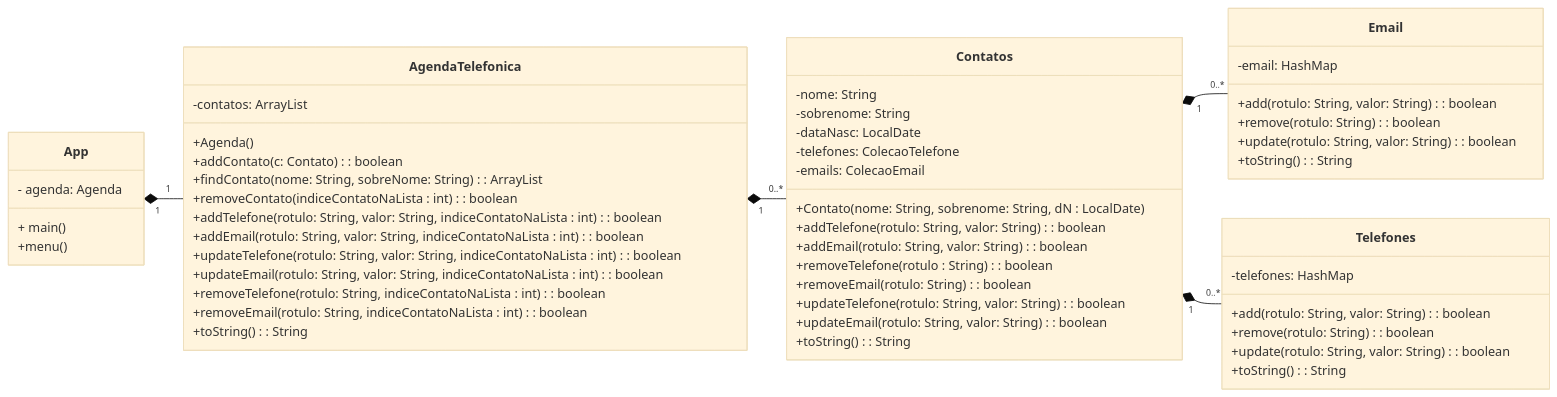
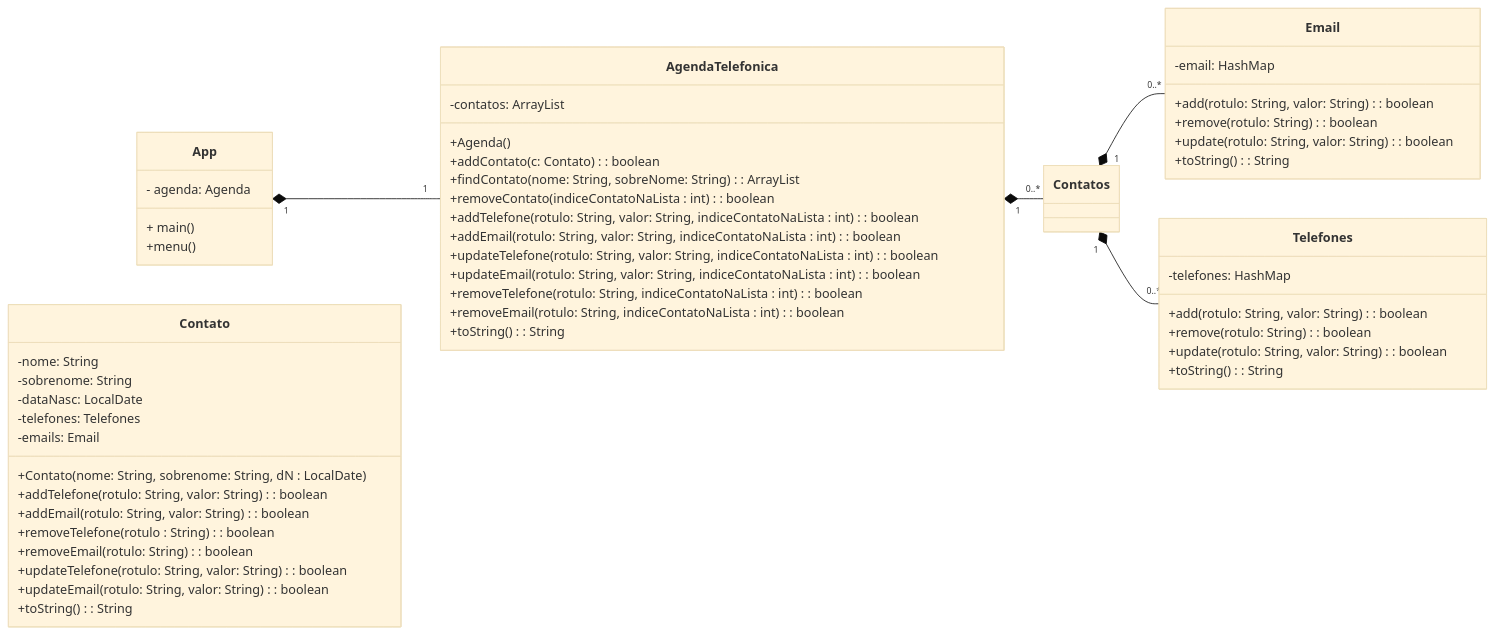
One commit to gaspanhol/POO changed the diagram in aula-16/README.md. Above: the diagram before and after it, drawn with Mermaid (base theme). The commit also changed 5 other files, not shown here.

Commit message:
Exercício da aula 16 finalizado, feito as classes AgendaTelefonica e App por completo, além de corrigir e arrumar alguns métodos das classes Contato, Email e Telefones. Pequeno ajuste no UML no README.md

````diff
--- a/aula-16/README.md
+++ b/aula-16/README.md
@@ -5,65 +5,65 @@
 ```mermaid
 
 classDiagram
     
     direction LR
     
     App "1" *-- "1" AgendaTelefonica
     AgendaTelefonica "1" *-- "0..*" Contatos
     Contatos "1" *-- "0..*" Email
     Contatos "1" *-- "0..*" Telefones
     
     class App {
         - agenda: Agenda
         + main()
         +menu()
     }
     
     class AgendaTelefonica {
         -contatos: ArrayList<Contato>
         +Agenda()
         +addContato(c: Contato): boolean
         +findContato(nome: String, sobreNome: String): ArrayList<Contato>
         +removeContato(indiceContatoNaLista : int): boolean
         +addTelefone(rotulo: String, valor: String, indiceContatoNaLista : int): boolean
         +addEmail(rotulo: String, valor: String, indiceContatoNaLista : int): boolean
         +updateTelefone(rotulo: String, valor: String, indiceContatoNaLista : int): boolean
         +updateEmail(rotulo: String, valor: String, indiceContatoNaLista : int): boolean
         +removeTelefone(rotulo: String, indiceContatoNaLista : int): boolean
         +removeEmail(rotulo: String, indiceContatoNaLista : int): boolean
         +toString(): String
     }
     
-    class Contatos {
+    class Contato {
         -nome: String
         -sobrenome: String
         -dataNasc: LocalDate
-        -telefones: ColecaoTelefone
-        -emails: ColecaoEmail
+        -telefones: Telefones
+        -emails: Email
         +Contato(nome: String, sobrenome: String, dN : LocalDate)
         +addTelefone(rotulo: String, valor: String): boolean
         +addEmail(rotulo: String, valor: String): boolean
         +removeTelefone(rotulo : String): boolean
         +removeEmail(rotulo: String): boolean
         +updateTelefone(rotulo: String, valor: String): boolean
         +updateEmail(rotulo: String, valor: String): boolean
         +toString(): String
     }
     
     class Email {
         -email: HashMap<String><String>
         +add(rotulo: String, valor: String): boolean
         +remove(rotulo: String): boolean
         +update(rotulo: String, valor: String): boolean
         +toString(): String
     }
     
     class Telefones {
         -telefones: HashMap<String><String>
         +add(rotulo: String, valor: String): boolean
         +remove(rotulo: String): boolean
         +update(rotulo: String, valor: String): boolean
         +toString(): String
     }
     
 ```
````
